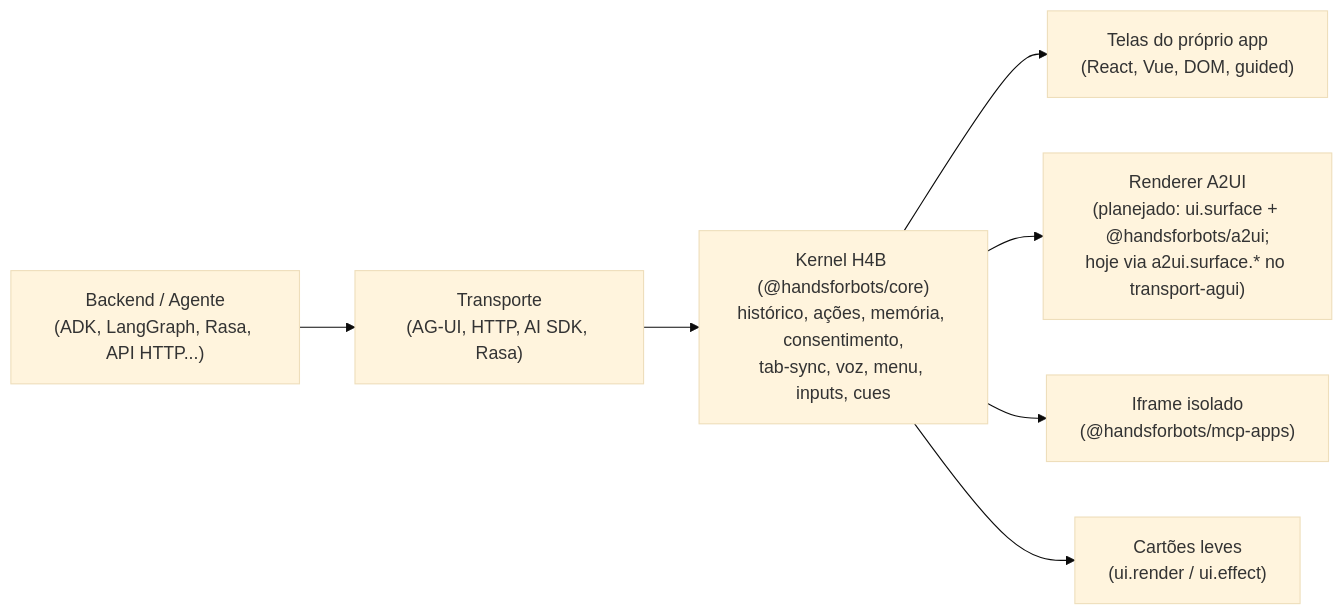
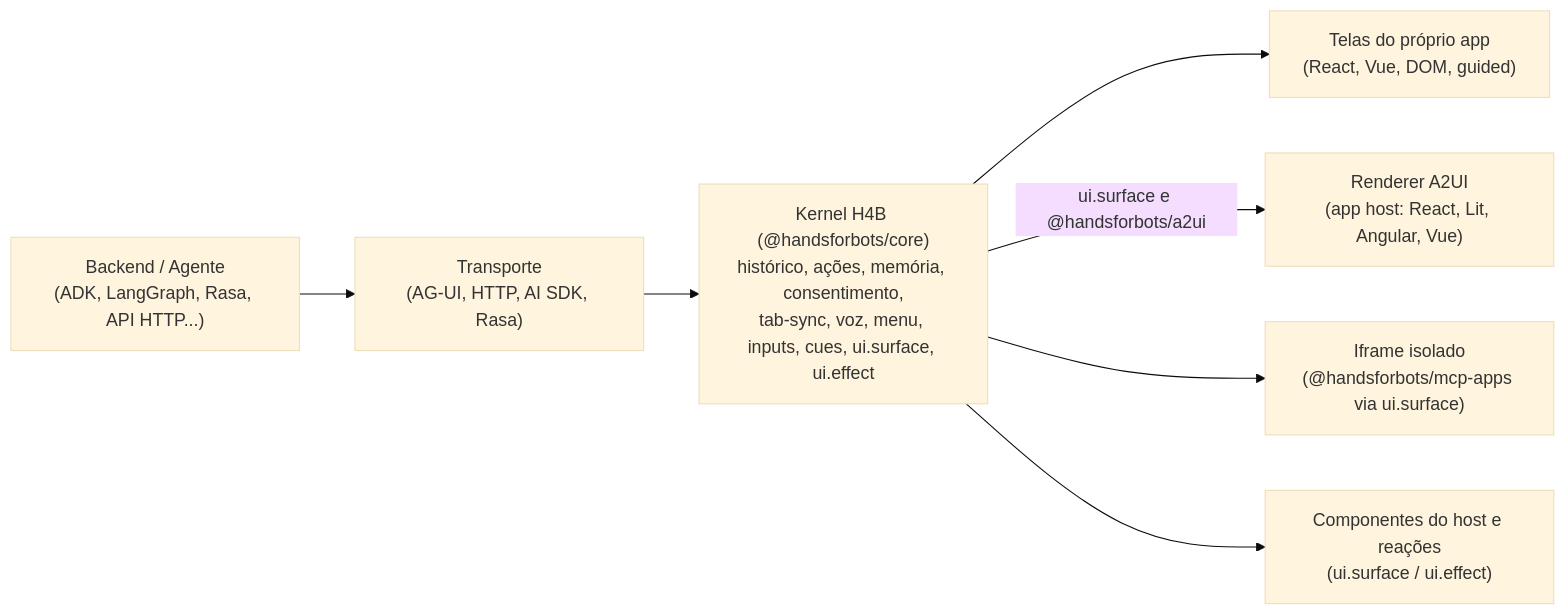
Before and after one commit to handsforbots/handsforbots: the diagram in docs/pt-br/ecosystem.md, drawn with Mermaid (base theme). The commit also changed other lines of this file and 55 other files, not shown here.

Commit message:
feat!(core): replace ui.render with ui.surface and add headless @handsforbots/a2ui.

````diff
--- a/docs/pt-br/ecosystem.md
+++ b/docs/pt-br/ecosystem.md
@@ -7,9 +7,9 @@
 ```mermaid
 flowchart LR
   B["Backend / Agente<br/>(ADK, LangGraph, Rasa, API HTTP...)"] --> T["Transporte<br/>(AG-UI, HTTP, AI SDK, Rasa)"]
-  T --> K["Kernel H4B (@handsforbots/core)<br/>histórico, ações, memória, consentimento,<br/>tab-sync, voz, menu, inputs, cues"]
+  T --> K["Kernel H4B (@handsforbots/core)<br/>histórico, ações, memória, consentimento,<br/>tab-sync, voz, menu, inputs, cues, ui.surface, ui.effect"]
   K --> UI1["Telas do próprio app<br/>(React, Vue, DOM, guided)"]
-  K --> UI2["Renderer A2UI<br/>(planejado: ui.surface + @handsforbots/a2ui;<br/>hoje via a2ui.surface.* no transport-agui)"]
-  K --> UI3["Iframe isolado<br/>(@handsforbots/mcp-apps)"]
-  K --> UI4["Cartões leves<br/>(ui.render / ui.effect)"]
+  K -->|"ui.surface e @handsforbots/a2ui"| UI2["Renderer A2UI<br/>(app host: React, Lit, Angular, Vue)"]
+  K --> UI3["Iframe isolado<br/>(@handsforbots/mcp-apps via ui.surface)"]
+  K --> UI4["Componentes do host e reações<br/>(ui.surface / ui.effect)"]
 ```
````
